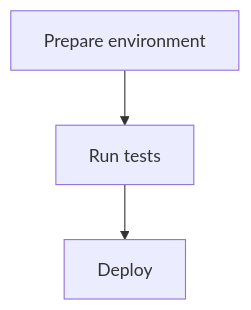
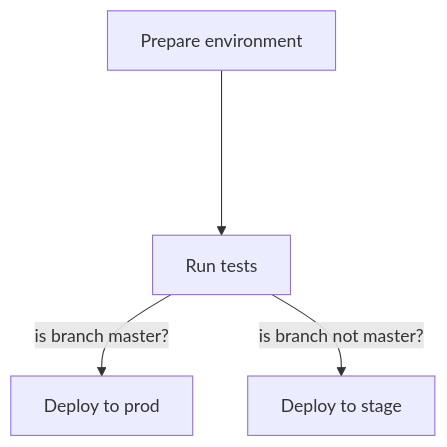
The diagram in README.md (Jasstkn/helmwave-demo), drawn with Mermaid before and after one commit.

Commit message:
Update scheme

````diff
--- a/README.md
+++ b/README.md
@@ -5,8 +5,10 @@
 ```mermaid
 graph TB;
     A[Prepare environment]
     B[Run tests]
-    C[Deploy]
-    A-->B;
-    B-->C;
+    C[Deploy to prod]
+    D[Deploy to stage]
+    A---->B;
+    B--is branch master?-->C;
+    B--is branch not master?-->D;
 ```
````
